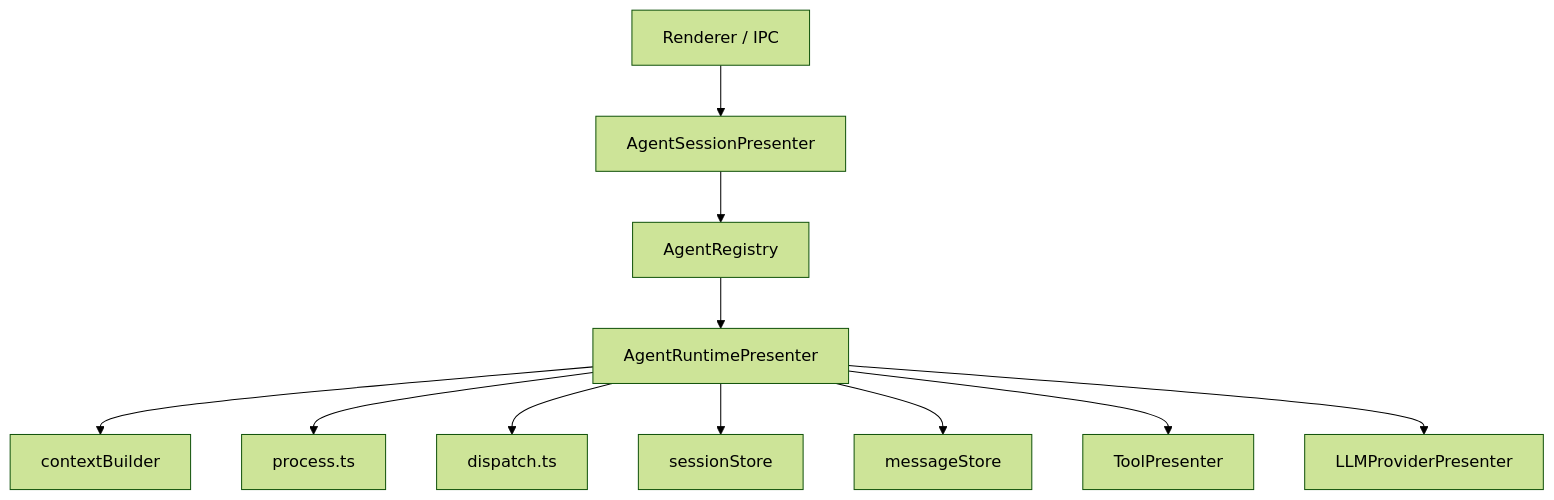
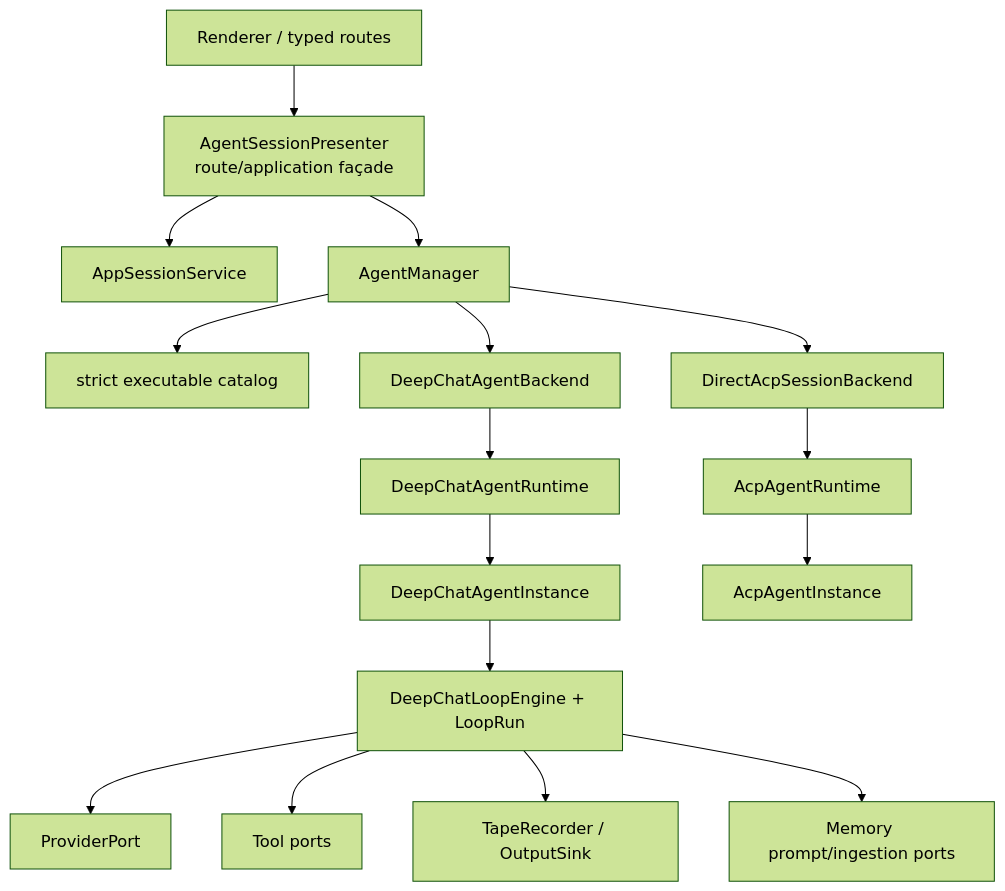
Before and after one commit to zerob13/deepchat: the diagram in docs/architecture/agent-system.md, drawn with Mermaid (forest theme). The commit also changed other lines of this file and 468 other files, not shown here.

First line of the commit message:
refactor(agent): complete layered runtime migration (#1952)

````diff
--- a/docs/architecture/agent-system.md
+++ b/docs/architecture/agent-system.md
@@ -31,13 +32,18 @@
 ```mermaid
 flowchart TD
-    UI["Renderer / IPC"] --> NewAgent["AgentSessionPresenter"]
-    NewAgent --> Registry["AgentRegistry"]
-    Registry --> DeepChat["AgentRuntimePresenter"]
-    DeepChat --> Context["contextBuilder"]
-    DeepChat --> Process["process.ts"]
-    DeepChat --> Dispatch["dispatch.ts"]
-    DeepChat --> SessionStore["sessionStore"]
-    DeepChat --> MessageStore["messageStore"]
-    DeepChat --> ToolPresenter["ToolPresenter"]
-    DeepChat --> Llm["LLMProviderPresenter"]
+    UI["Renderer / typed routes"] --> Facade["AgentSessionPresenter<br/>route/application façade"]
+    Facade --> Sessions["AppSessionService"]
+    Facade --> Manager["AgentManager"]
+    Manager --> Catalog["strict executable catalog"]
+    Manager --> DeepBackend["DeepChatAgentBackend"]
+    Manager --> AcpBackend["DirectAcpSessionBackend"]
+    DeepBackend --> DeepRuntime["DeepChatAgentRuntime"]
+    DeepRuntime --> DeepInstance["DeepChatAgentInstance"]
+    DeepInstance --> Loop["DeepChatLoopEngine + LoopRun"]
+    AcpBackend --> AcpRuntime["AcpAgentRuntime"]
+    AcpRuntime --> AcpInstance["AcpAgentInstance"]
+    Loop --> Provider["ProviderPort"]
+    Loop --> ToolPorts["Tool ports"]
+    Loop --> Tape["TapeRecorder / OutputSink"]
+    Loop --> Memory["Memory prompt/ingestion ports"]
 ```
````
